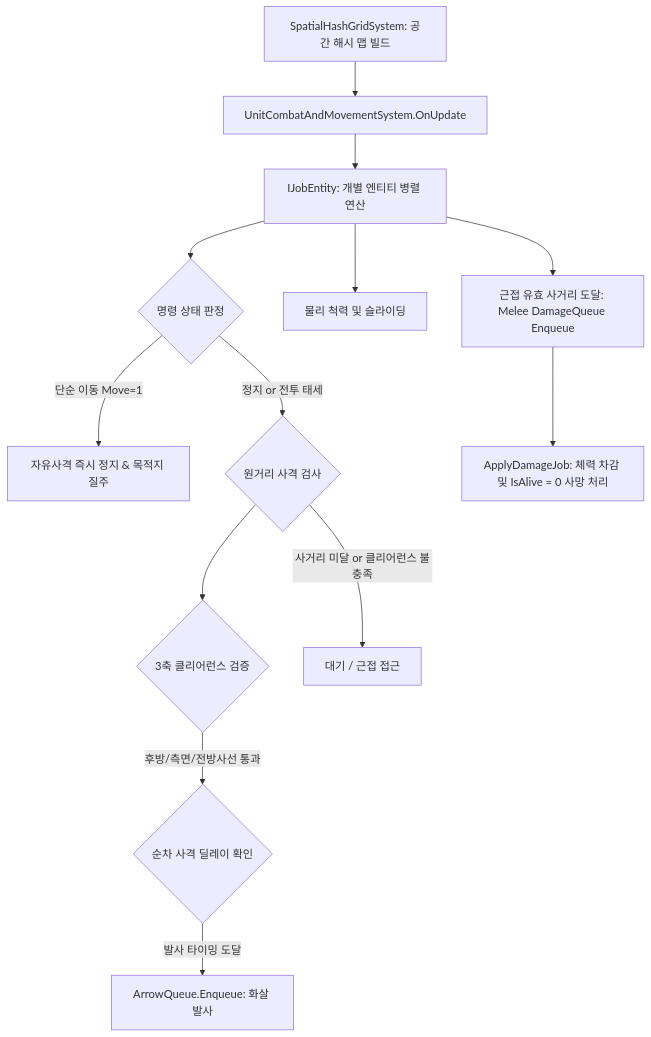
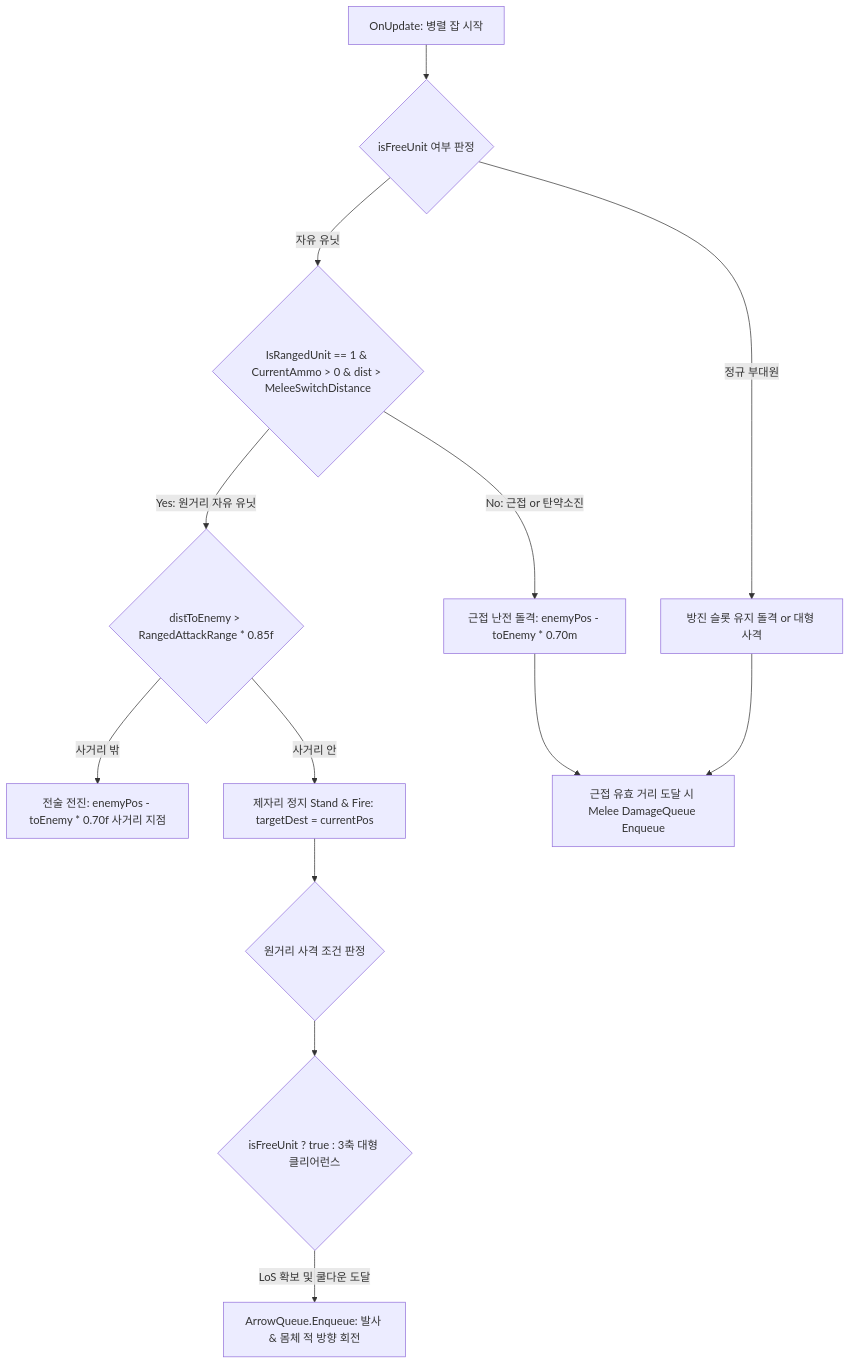
One commit to rbdud1216-source/MiniTotalWar2D changed the diagram in Docs/UnitCombatAndMovementSystem.md. Above: the diagram before and after it, drawn with Mermaid. The commit also changed other lines of this file and 14 other files, not shown here.

````diff
--- a/Docs/UnitCombatAndMovementSystem.md
+++ b/Docs/UnitCombatAndMovementSystem.md
@@ -70,15 +63,19 @@
 ```mermaid
 flowchart TD
-    A[SpatialHashGridSystem: 공간 해시 맵 빌드] --> B[UnitCombatAndMovementSystem.OnUpdate]
-    B --> C[IJobEntity: 개별 엔티티 병렬 연산]
-    C --> D{명령 상태 판정}
-    D -->|단순 이동 Move=1| E[자유사격 즉시 정지 & 목적지 질주]
-    D -->|정지 or 전투 태세| F{원거리 사격 검사}
-    F --> G{3축 클리어런스 검증}
-    G -->|후방/측면/전방사선 통과| H{순차 사격 딜레이 확인}
-    H -->|발사 타이밍 도달| I[ArrowQueue.Enqueue: 화살 발사]
-    F -->|사거리 미달 or 클리어런스 불충족| J[대기 / 근접 접근]
-    C --> K[물리 척력 및 슬라이딩]
-    C --> L[근접 유효 사거리 도달: Melee DamageQueue Enqueue]
-    L --> M[ApplyDamageJob: 체력 차감 및 IsAlive = 0 사망 처리]
+    A[OnUpdate: 병렬 잡 시작] --> B{isFreeUnit 여부 판정}
+    
+    B -->|자유 유닛| C{IsRangedUnit == 1 & CurrentAmmo > 0 & dist > MeleeSwitchDistance}
+    C -->|Yes: 원거리 자유 유닛| D{distToEnemy > RangedAttackRange * 0.85f}
+    D -->|사거리 밖| E[전술 전진: enemyPos - toEnemy * 0.70f 사거리 지점]
+    D -->|사거리 안| F[제자리 정지 Stand & Fire: targetDest = currentPos]
+    
+    C -->|No: 근접 or 탄약소진| G[근접 난전 돌격: enemyPos - toEnemy * 0.70m]
+    B -->|정규 부대원| H[방진 슬롯 유지 돌격 or 대형 사격]
+    
+    F --> I{원거리 사격 조건 판정}
+    I --> J{isFreeUnit ? true : 3축 대형 클리어런스}
+    J -->|LoS 확보 및 쿨다운 도달| K[ArrowQueue.Enqueue: 발사 & 몸체 적 방향 회전]
+    
+    G --> L[근접 유효 거리 도달 시 Melee DamageQueue Enqueue]
+    H --> L
 ```
````
